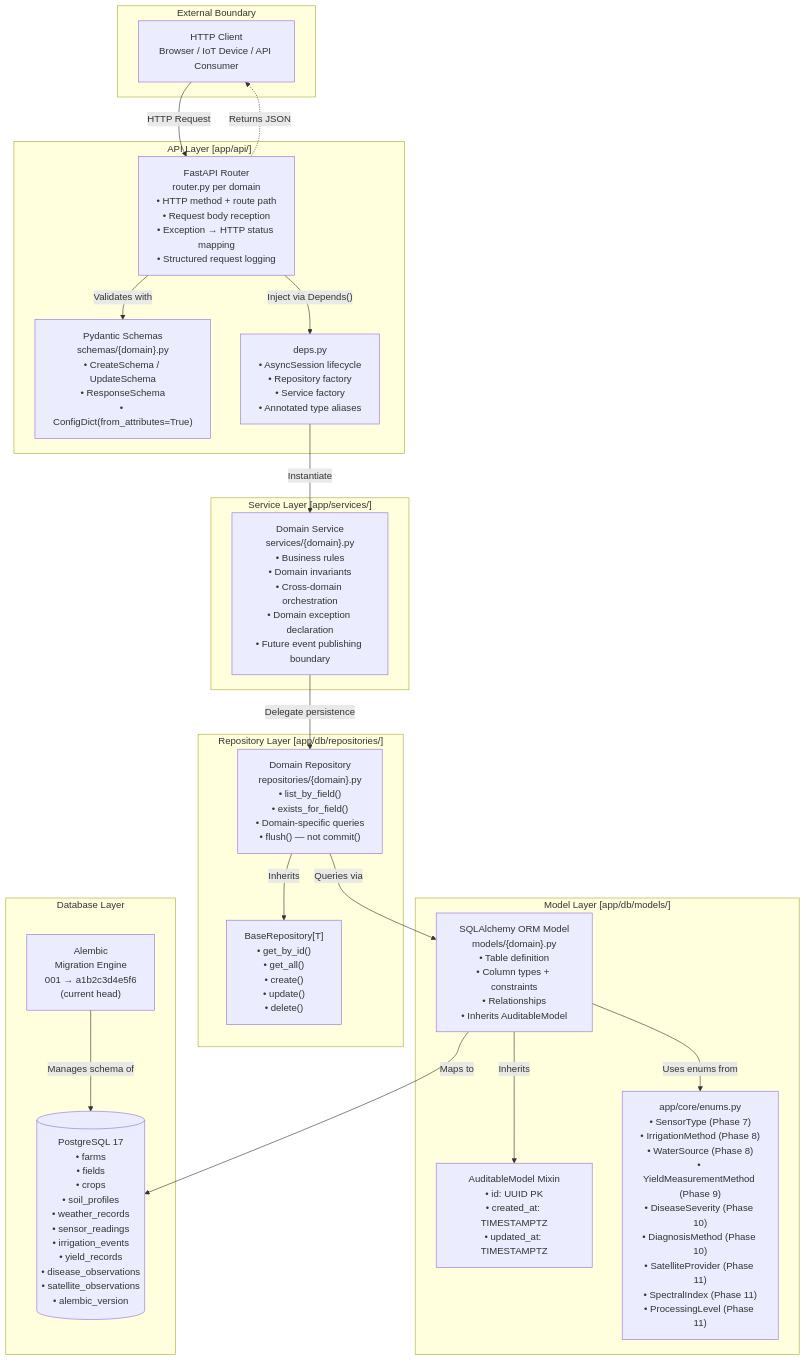
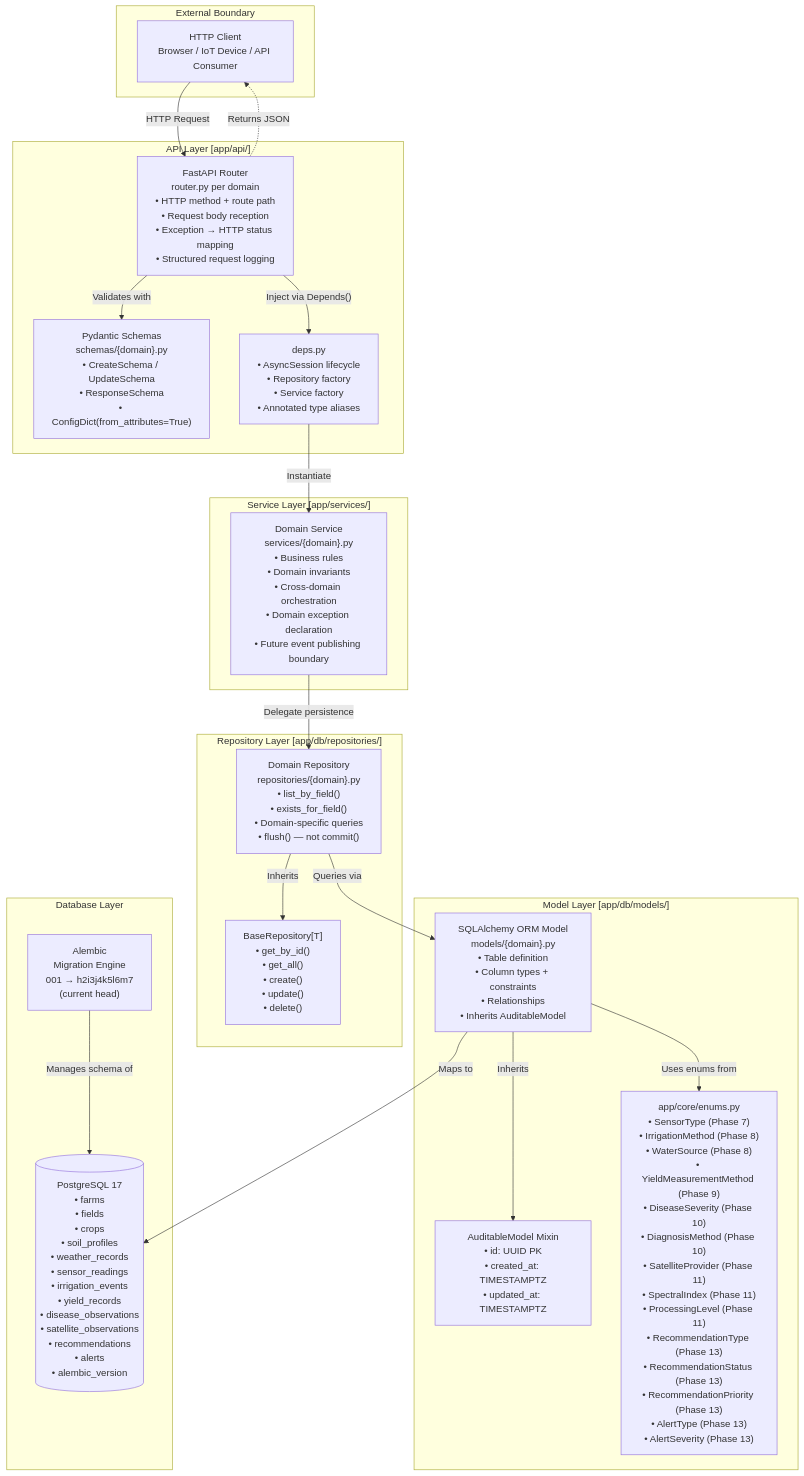
The third of 19 diagrams in docs/reference/09-architecture-diagrams.md (santoshnarayanan/AGRIFLOW-AI), drawn with Mermaid before and after one commit. The commit also changed other lines of this file and 9 other files, not shown here.

````diff
--- a/docs/reference/09-architecture-diagrams.md
+++ b/docs/reference/09-architecture-diagrams.md
@@ -196,45 +217,45 @@
 ```mermaid
 graph TB
     subgraph "External Boundary"
         Client["HTTP Client\nBrowser / IoT Device / API Consumer"]
     end
 
     subgraph "API Layer  [app/api/]"
         Router["FastAPI Router\nrouter.py per domain\n• HTTP method + route path\n• Request body reception\n• Exception → HTTP status mapping\n• Structured request logging"]
         Schema["Pydantic Schemas\nschemas/{domain}.py\n• CreateSchema / UpdateSchema\n• ResponseSchema\n• ConfigDict(from_attributes=True)"]
         Deps["deps.py\n• AsyncSession lifecycle\n• Repository factory\n• Service factory\n• Annotated type aliases"]
     end
 
     subgraph "Service Layer  [app/services/]"
         Service["Domain Service\nservices/{domain}.py\n• Business rules\n• Domain invariants\n• Cross-domain orchestration\n• Domain exception declaration\n• Future event publishing boundary"]
     end
 
     subgraph "Repository Layer  [app/db/repositories/]"
         BaseRepo["BaseRepository[T]\n• get_by_id()\n• get_all()\n• create()\n• update()\n• delete()"]
         ConcreteRepo["Domain Repository\nrepositories/{domain}.py\n• list_by_field()\n• exists_for_field()\n• Domain-specific queries\n• flush() — not commit()"]
     end
 
     subgraph "Model Layer  [app/db/models/]"
         ORM["SQLAlchemy ORM Model\nmodels/{domain}.py\n• Table definition\n• Column types + constraints\n• Relationships\n• Inherits AuditableModel"]
         AuditMixin["AuditableModel Mixin\n• id: UUID PK\n• created_at: TIMESTAMPTZ\n• updated_at: TIMESTAMPTZ"]
-        CoreEnums["app/core/enums.py\n• SensorType (Phase 7)\n• IrrigationMethod (Phase 8)\n• WaterSource (Phase 8)\n• YieldMeasurementMethod (Phase 9)\n• DiseaseSeverity (Phase 10)\n• DiagnosisMethod (Phase 10)\n• SatelliteProvider (Phase 11)\n• SpectralIndex (Phase 11)\n• ProcessingLevel (Phase 11)"]
+        CoreEnums["app/core/enums.py\n• SensorType (Phase 7)\n• IrrigationMethod (Phase 8)\n• WaterSource (Phase 8)\n• YieldMeasurementMethod (Phase 9)\n• DiseaseSeverity (Phase 10)\n• DiagnosisMethod (Phase 10)\n• SatelliteProvider (Phase 11)\n• SpectralIndex (Phase 11)\n• ProcessingLevel (Phase 11)\n• RecommendationType (Phase 13)\n• RecommendationStatus (Phase 13)\n• RecommendationPriority (Phase 13)\n• AlertType (Phase 13)\n• AlertSeverity (Phase 13)"]
     end
 
     subgraph "Database Layer"
-        PG[("PostgreSQL 17\n• farms\n• fields\n• crops\n• soil_profiles\n• weather_records\n• sensor_readings\n• irrigation_events\n• yield_records\n• disease_observations\n• satellite_observations\n• alembic_version")]
-        Alembic["Alembic\nMigration Engine\n001 → a1b2c3d4e5f6\n(current head)"]
+        PG[("PostgreSQL 17\n• farms\n• fields\n• crops\n• soil_profiles\n• weather_records\n• sensor_readings\n• irrigation_events\n• yield_records\n• disease_observations\n• satellite_observations\n• recommendations\n• alerts\n• alembic_version")]
+        Alembic["Alembic\nMigration Engine\n001 → h2i3j4k5l6m7\n(current head)"]
     end
 
     Client -->|"HTTP Request"| Router
     Router -->|"Inject via Depends()"| Deps
     Deps -->|"Instantiate"| Service
     Service -->|"Delegate persistence"| ConcreteRepo
     ConcreteRepo -->|"Inherits"| BaseRepo
     ConcreteRepo -->|"Queries via"| ORM
     ORM -->|"Inherits"| AuditMixin
     ORM -->|"Uses enums from"| CoreEnums
     ORM -->|"Maps to"| PG
     Alembic -->|"Manages schema of"| PG
     Router -->|"Validates with"| Schema
     Router -.->|"Returns JSON"| Client
 ```
````
